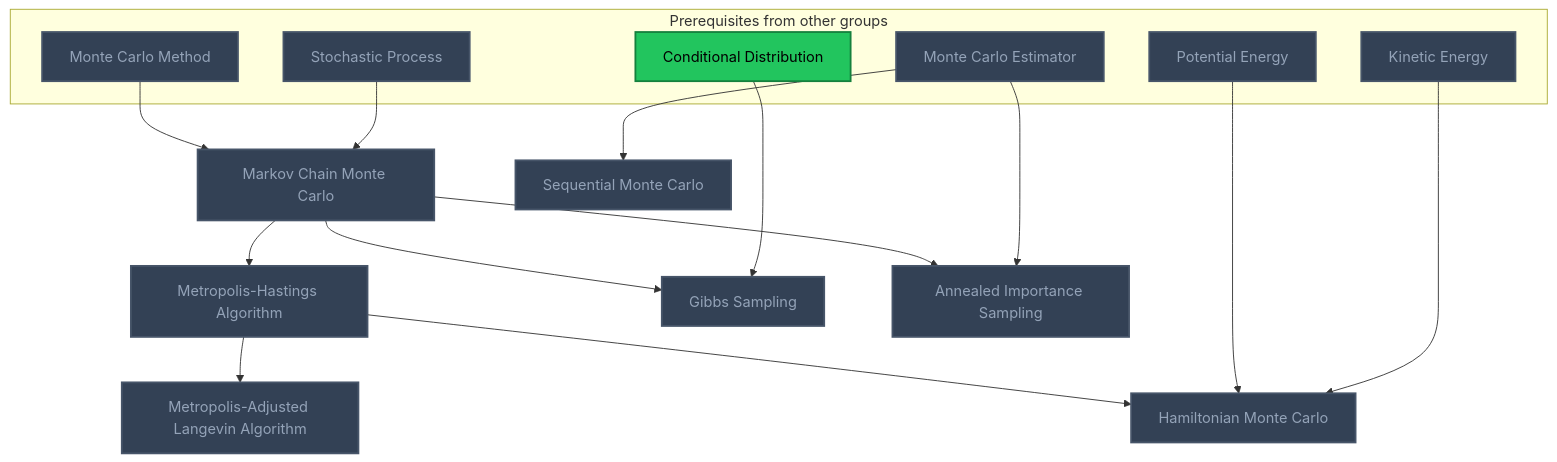
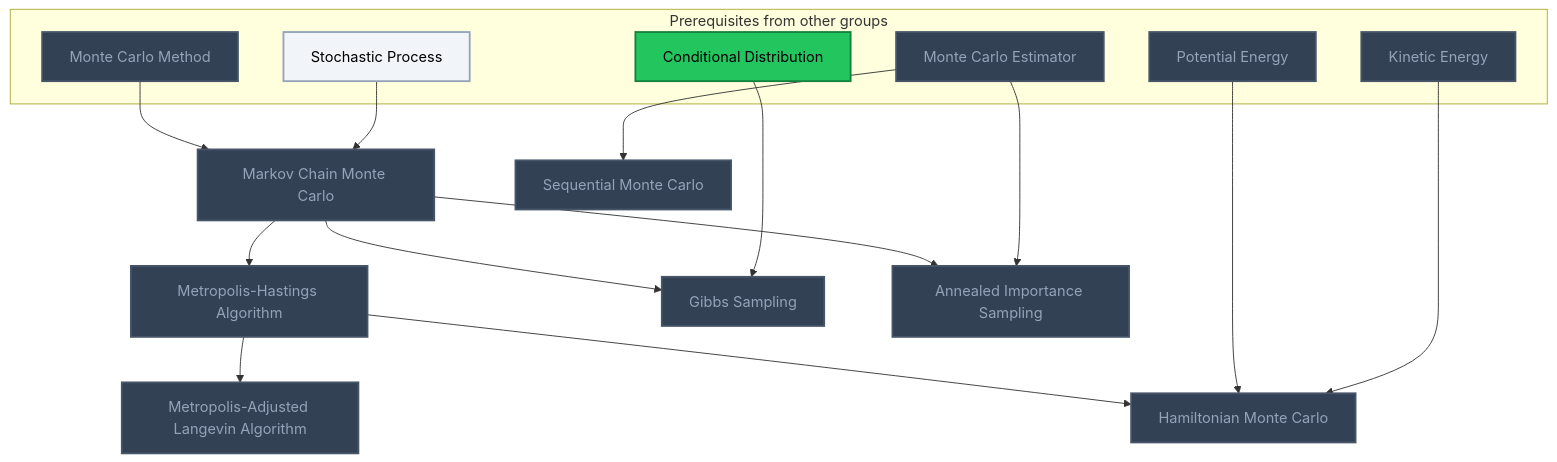
One commit to MRauf1/My-Notes changed the sixth of 9 diagrams in Gamification/Skill Trees/Monte Carlo Methods.md. Above: the diagram before and after it, drawn with Mermaid. The commit also changed other lines of this file and 145 other files, not shown here.

````diff
--- a/Gamification/Skill Trees/Monte Carlo Methods.md
+++ b/Gamification/Skill Trees/Monte Carlo Methods.md
@@ -298,42 +301,43 @@
 ```mermaid
 flowchart TD
     classDef planned fill:#1E293B,stroke:#64748B,stroke-width:2px,stroke-dasharray:5 5,color:#94A3B8;
     classDef locked fill:#334155,stroke:#475569,stroke-width:2px,color:#94A3B8;
     classDef L0 fill:#F1F5F9,stroke:#94A3B8,stroke-width:2px,color:#000000;
     classDef L1 fill:#22C55E,stroke:#15803D,stroke-width:2px,color:#000000;
     classDef L2 fill:#3B82F6,stroke:#1D4ED8,stroke-width:3px,color:#FFFFFF;
     classDef L3 fill:#A855F7,stroke:#6B21A8,stroke-width:3px,color:#FFFFFF,font-weight:bold;
     classDef L4 fill:#F97316,stroke:#C2410C,stroke-width:4px,color:#000000,font-weight:bold;
     classDef L5 fill:#FFD700,stroke:#FF8C00,stroke-width:5px,color:#000000,font-weight:bold;
     classDef rusty stroke:#8B4513,stroke-width:4px,stroke-dasharray:3 3;
     subgraph sg_prereqs["Prerequisites from other groups"]
         n_monte_carlo_method["Monte Carlo Method"]
         n_stochastic_process["Stochastic Process"]
         n_conditional_distribution["Conditional Distribution"]
         n_potential_energy["Potential Energy"]
         n_kinetic_energy["Kinetic Energy"]
         n_monte_carlo_estimator["Monte Carlo Estimator"]
     end
     n_markov_chain_monte_carlo["Markov Chain Monte Carlo"]
     n_metropolis_hastings_algorithm["Metropolis-Hastings Algorithm"]
     n_gibbs_sampling["Gibbs Sampling"]
     n_metropolis_adjusted_langevin_algorithm["Metropolis-Adjusted Langevin Algorithm"]
     n_hamiltonian_monte_carlo["Hamiltonian Monte Carlo"]
     n_annealed_importance_sampling["Annealed Importance Sampling"]
     n_sequential_monte_carlo["Sequential Monte Carlo"]
     n_monte_carlo_method --> n_markov_chain_monte_carlo
     n_stochastic_process --> n_markov_chain_monte_carlo
     n_markov_chain_monte_carlo --> n_metropolis_hastings_algorithm
     n_markov_chain_monte_carlo --> n_gibbs_sampling
     n_conditional_distribution --> n_gibbs_sampling
     n_metropolis_hastings_algorithm --> n_metropolis_adjusted_langevin_algorithm
     n_metropolis_hastings_algorithm --> n_hamiltonian_monte_carlo
     n_potential_energy --> n_hamiltonian_monte_carlo
     n_kinetic_energy --> n_hamiltonian_monte_carlo
     n_markov_chain_monte_carlo --> n_annealed_importance_sampling
     n_monte_carlo_estimator --> n_annealed_importance_sampling
     n_monte_carlo_estimator --> n_sequential_monte_carlo
-    class n_monte_carlo_method,n_stochastic_process,n_potential_energy,n_kinetic_energy,n_monte_carlo_estimator,n_markov_chain_monte_carlo,n_metropolis_hastings_algorithm,n_gibbs_sampling,n_metropolis_adjusted_langevin_algorithm,n_hamiltonian_monte_carlo,n_annealed_importance_sampling,n_sequential_monte_carlo locked;
+    class n_monte_carlo_method,n_potential_energy,n_kinetic_energy,n_monte_carlo_estimator,n_markov_chain_monte_carlo,n_metropolis_hastings_algorithm,n_gibbs_sampling,n_metropolis_adjusted_langevin_algorithm,n_hamiltonian_monte_carlo,n_annealed_importance_sampling,n_sequential_monte_carlo locked;
+    class n_stochastic_process L0;
     class n_conditional_distribution L1;
     class n_monte_carlo_method,n_stochastic_process,n_conditional_distribution,n_potential_energy,n_kinetic_energy,n_monte_carlo_estimator,n_markov_chain_monte_carlo,n_metropolis_hastings_algorithm,n_gibbs_sampling,n_metropolis_adjusted_langevin_algorithm,n_hamiltonian_monte_carlo,n_annealed_importance_sampling,n_sequential_monte_carlo internal-link;
 ```
````
